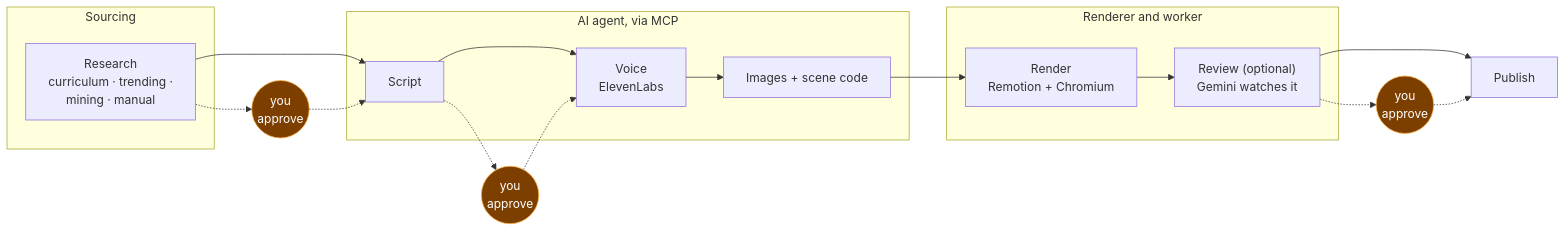
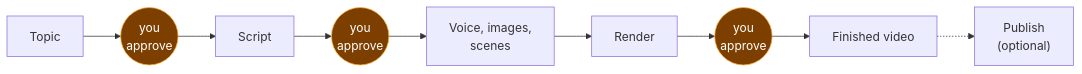
One commit to teja156/tubematic changed the diagram in docs/user-guide/01-overview.md. Above: the diagram before and after it, drawn with Mermaid. The commit also changed other lines of this file and 6 other files, not shown here.

````diff
--- a/docs/user-guide/01-overview.md
+++ b/docs/user-guide/01-overview.md
@@ -24,27 +22,9 @@
 ```mermaid
 flowchart LR
-    subgraph SRC["Sourcing"]
-        R["Research<br/>curriculum · trending ·<br/>mining · manual"]
-    end
-    subgraph AI["AI agent, via MCP"]
-        S["Script"]
-        V["Voice<br/>ElevenLabs"]
-        SC["Images + scene code"]
-    end
-    subgraph AUTO["Renderer and worker"]
-        RE["Render<br/>Remotion + Chromium"]
-        RV["Review (optional)<br/>Gemini watches it"]
-    end
-    P["Publish"]
+    T["Topic"] --> A1(("you<br/>approve")):::you
+    A1 --> S["Script"] --> A2(("you<br/>approve")):::you
+    A2 --> V["Voice, images,<br/>scenes"] --> R["Render"] --> A3(("you<br/>approve")):::you
+    A3 --> D["Finished video"] -.-> P["Publish<br/>(optional)"]
 
-    R --> S --> V --> SC --> RE --> RV --> P
-
-    H1(("you<br/>approve")):::h
-    H2(("you<br/>approve")):::h
-    H3(("you<br/>approve")):::h
-    R -.-> H1 -.-> S
-    S -.-> H2 -.-> V
-    RV -.-> H3 -.-> P
-
-    classDef h fill:#7c3f00,stroke:#ffb347,color:#fff
+    classDef you fill:#7c3f00,stroke:#ffb347,color:#fff
 ```
````
